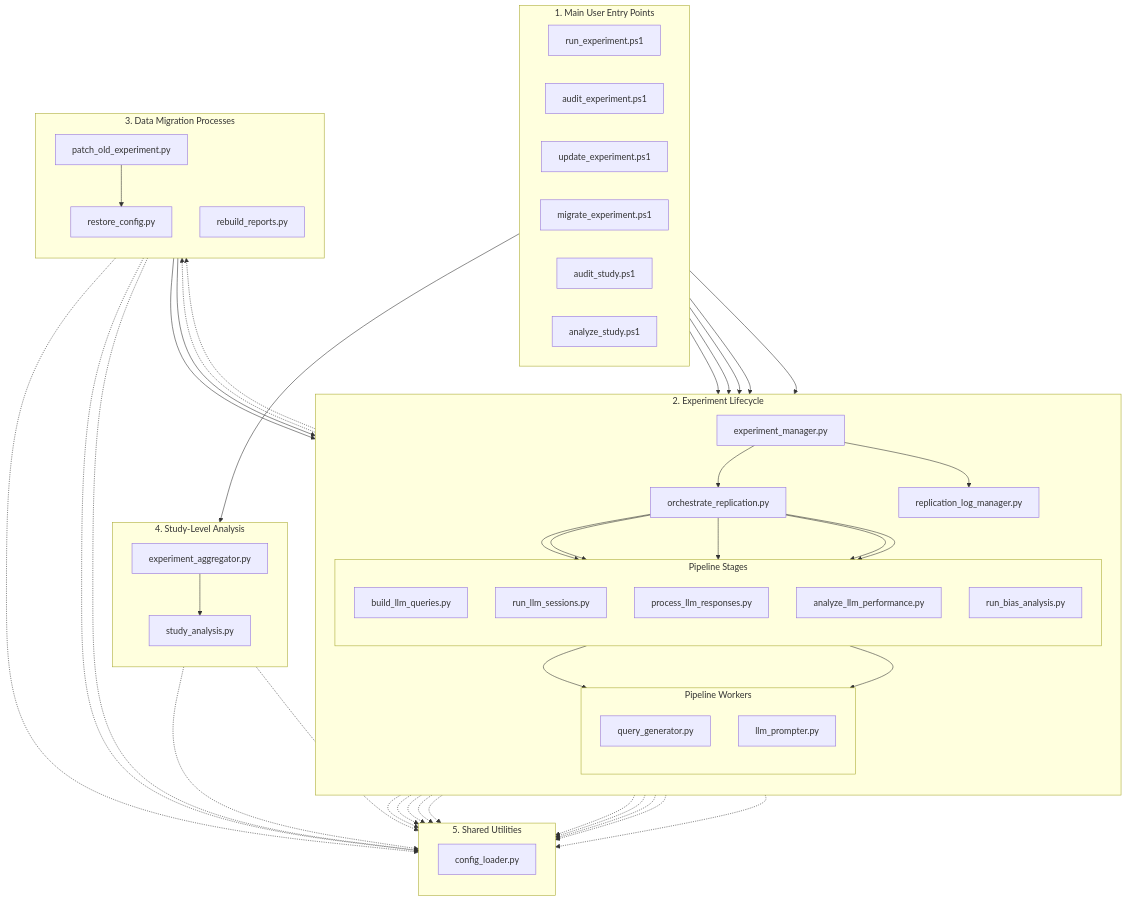
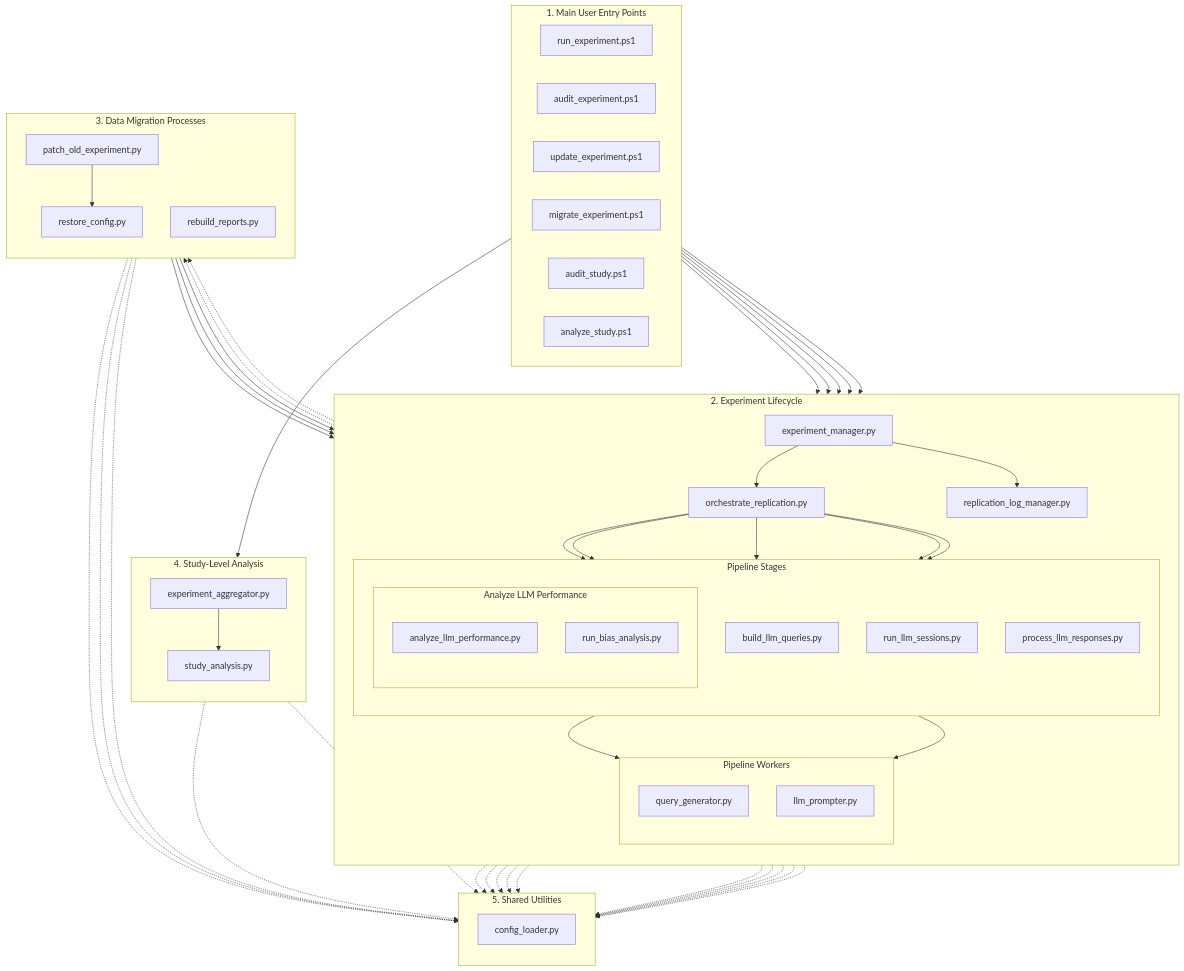
The diagram in docs/diagrams/codebase_architecture.mmd (peterjmarko/llm-narrative-framework), drawn with Mermaid before and after one commit. The commit also changed 10 other files, not shown here.

```diff
--- a/docs/diagrams/codebase_architecture.mmd
+++ b/docs/diagrams/codebase_architecture.mmd
@@ -1,97 +1,101 @@
 graph TD
     subgraph "1. Main User Entry Points"
         direction LR
         run_experiment_ps1["run_experiment.ps1"]
         audit_experiment_ps1["audit_experiment.ps1"]
         update_experiment_ps1["update_experiment.ps1"]
         migrate_experiment_ps1["migrate_experiment.ps1"]
         audit_study_ps1["audit_study.ps1"]
         analyze_study_ps1["analyze_study.ps1"]
     end
 
     subgraph "2. Experiment Lifecycle"
         direction TB
         exp_manager["experiment_manager.py"]
         orchestrator["orchestrate_replication.py"]
         
         subgraph "Pipeline Stages"
             direction TB
             build_queries["build_llm_queries.py"]
             run_sessions["run_llm_sessions.py"]
             process_responses["process_llm_responses.py"]
-            analyze_performance["analyze_llm_performance.py"]
-            run_bias["run_bias_analysis.py"]
+            subgraph "Analyze LLM Performance"
+                direction TB
+                analyze_performance["analyze_llm_performance.py"]
+                run_bias["run_bias_analysis.py"]
+            end
         end
         
         subgraph "Pipeline Workers"
             direction TB
             query_generator["query_generator.py"]
             llm_prompter["llm_prompter.py"]
         end
 
         log_manager["replication_log_manager.py"]
     end
 
     subgraph "3. Data Migration Processes"
         direction TB
         patch_old["patch_old_experiment.py"]
         restore_config["restore_config.py"]
         rebuild_reports["rebuild_reports.py"]
     end
 
     subgraph "4. Study-Level Analysis"
         direction TB
         exp_aggregator["experiment_aggregator.py"]
         study_analysis["study_analysis.py"]
     end
 
     subgraph "5. Shared Utilities"
         direction TB
         config_loader["config_loader.py"]
     end
     
     %% --- Main Workflow Connections ---
     run_experiment_ps1 --> exp_manager
     update_experiment_ps1 --> exp_manager
     audit_experiment_ps1 --> exp_manager
     audit_study_ps1 --> exp_manager
     migrate_experiment_ps1 --> exp_manager
     analyze_study_ps1 --> exp_aggregator
     
     exp_manager --> orchestrator
     exp_manager --> log_manager
     exp_manager -.-> patch_old
     exp_manager -.-> rebuild_reports
 
     orchestrator --> build_queries
     orchestrator --> run_sessions
     orchestrator --> process_responses
     orchestrator --> analyze_performance
     orchestrator --> run_bias
     
     build_queries --> query_generator
     run_sessions --> llm_prompter
     
     exp_aggregator --> study_analysis
 
     %% --- Migration Workflow Connections ---
     patch_old --> restore_config
     rebuild_reports --> process_responses
     rebuild_reports --> analyze_performance
+    rebuild_reports --> run_bias
 
     %% --- Import Connections (Dotted Lines) ---
     exp_manager         -.-> config_loader
     orchestrator        -.-> config_loader
     build_queries       -.-> config_loader
     run_sessions        -.-> config_loader
     process_responses   -.-> config_loader
     analyze_performance -.-> config_loader
     run_bias            -.-> config_loader
     query_generator     -.-> config_loader
     llm_prompter        -.-> config_loader
     patch_old           -.-> config_loader
     restore_config      -.-> config_loader
     rebuild_reports     -.-> config_loader
     exp_aggregator      -.-> config_loader
     study_analysis      -.-> config_loader
     log_manager         -.-> config_loader
```
